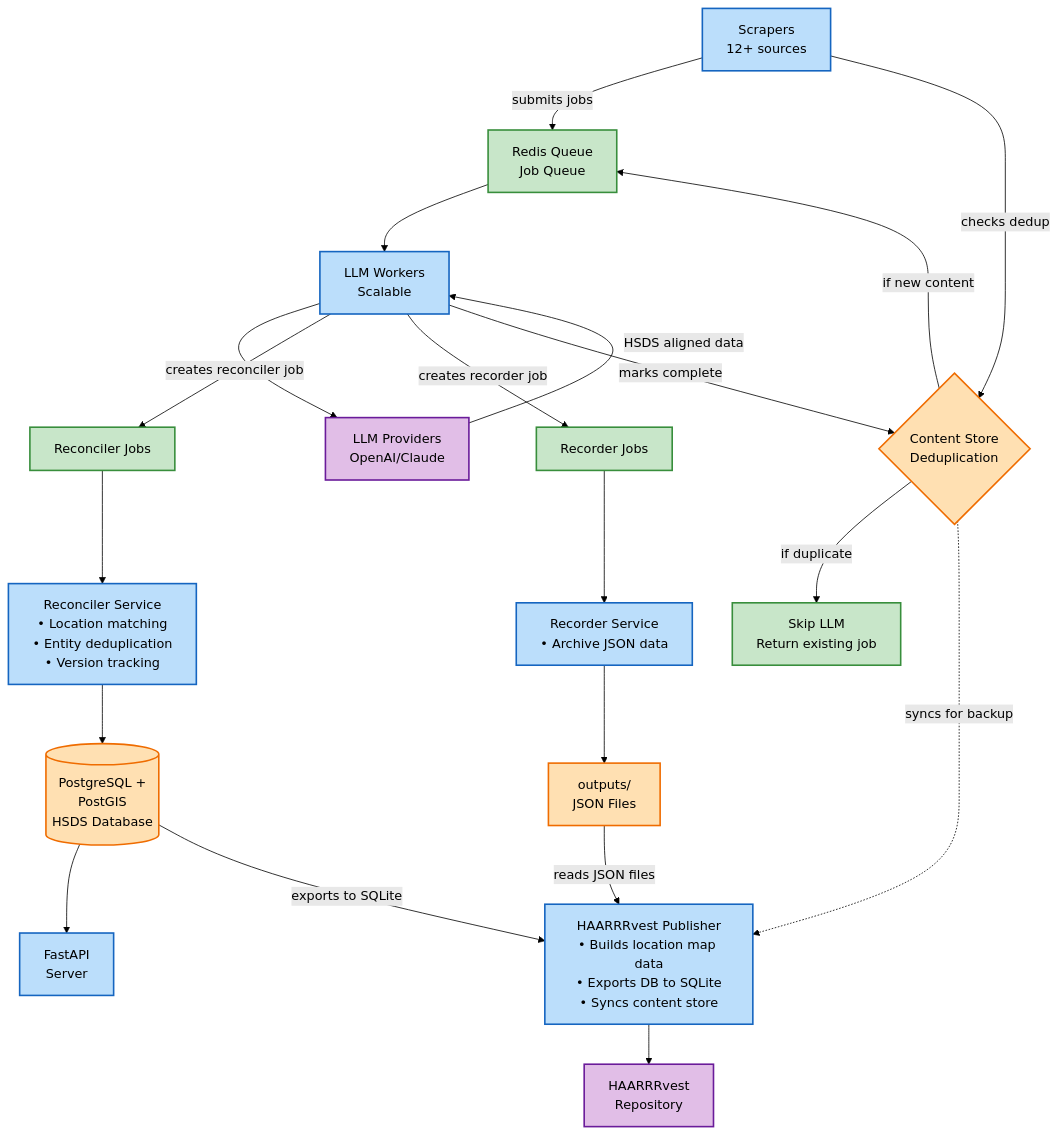
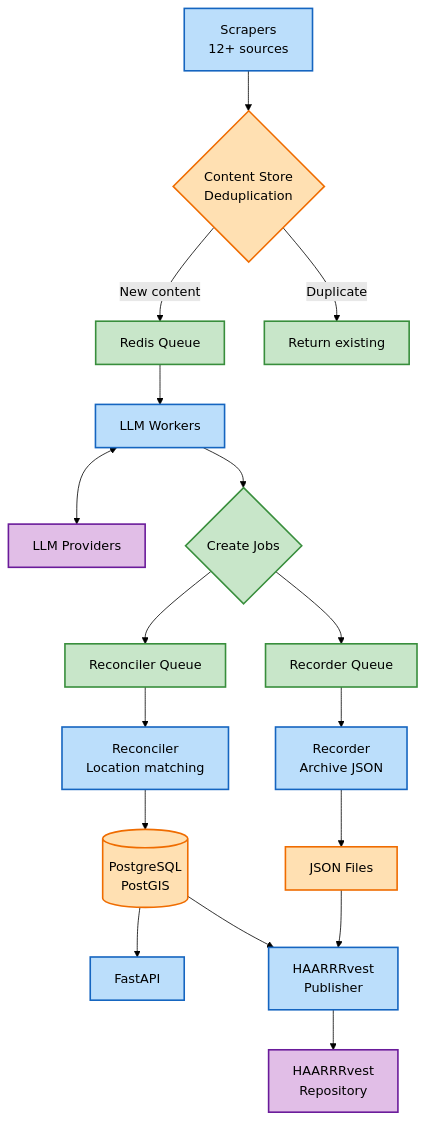
The diagram in README.md (For-The-Greater-Good/pantry-pirate-radio), drawn with Mermaid (forest theme) before and after one commit.

Commit message:
update readme diagram

````diff
--- a/README.md
+++ b/README.md
@@ -118,53 +118,44 @@
 ```mermaid
 flowchart TB
-    %% Data Collection Layer
-    Scrapers[Scrapers<br/>12+ sources] --> |submits jobs| RedisQueue[Redis Queue<br/>Job Queue]
+    %% Data Collection
+    Scrapers[Scrapers<br/>12+ sources]
+    ContentStore{Content Store<br/>Deduplication}
     
-    %% Content Store checks happen during job submission
-    Scrapers --> |checks dedup| ContentStore{Content Store<br/>Deduplication}
-    ContentStore --> |if new content| RedisQueue
-    ContentStore --> |if duplicate| SkipLLM[Skip LLM<br/>Return existing job]
+    Scrapers --> ContentStore
+    ContentStore -->|New content| Queue[Redis Queue]
+    ContentStore -->|Duplicate| Skip[Return existing]
     
-    %% LLM Processing Layer
-    RedisQueue --> LLMWorkers[LLM Workers<br/>Scalable]
-    LLMWorkers --> LLM[LLM Providers<br/>OpenAI/Claude]
-    LLM --> |HSDS aligned data| LLMWorkers
+    %% Processing
+    Queue --> Workers[LLM Workers]
+    Workers <--> LLM[LLM Providers]
     
-    %% LLM Workers create new jobs
-    LLMWorkers --> |creates reconciler job| ReconcilerQueue[Reconciler Jobs]
-    LLMWorkers --> |creates recorder job| RecorderQueue[Recorder Jobs]
+    %% Job Distribution
+    Workers --> Jobs{Create Jobs}
+    Jobs --> ReconcilerQ[Reconciler Queue]
+    Jobs --> RecorderQ[Recorder Queue]
     
-    %% Update Content Store after processing
-    LLMWorkers --> |marks complete| ContentStore
+    %% Services
+    ReconcilerQ --> Reconciler[Reconciler<br/>Location matching]
+    RecorderQ --> Recorder[Recorder<br/>Archive JSON]
     
-    %% Reconciler Processing
-    ReconcilerQueue --> Reconciler[Reconciler Service<br/>• Location matching<br/>• Entity deduplication<br/>• Version tracking]
+    %% Storage
+    Reconciler --> DB[(PostgreSQL<br/>PostGIS)]
+    Recorder --> Files[JSON Files]
     
-    %% Recorder Processing
-    RecorderQueue --> Recorder[Recorder Service<br/>• Archive JSON data]
-    
-    %% Storage Layer
-    Reconciler --> PostgreSQL[(PostgreSQL +<br/>PostGIS<br/>HSDS Database)]
-    Recorder --> OutputsFolder[outputs/<br/>JSON Files]
-    
-    %% API Layer
-    PostgreSQL --> FastAPI[FastAPI<br/>Server]
-    
-    %% Publishing Layer
-    OutputsFolder --> |reads JSON files| Publisher[HAARRRvest Publisher<br/>• Builds location map data<br/>• Exports DB to SQLite<br/>• Syncs content store]
-    PostgreSQL --> |exports to SQLite| Publisher
-    ContentStore -.-> |syncs for backup| Publisher
-    
-    Publisher --> HAARRRvest[HAARRRvest<br/>Repository]
+    %% Output
+    DB --> API[FastAPI]
+    DB --> Publisher[HAARRRvest<br/>Publisher]
+    Files --> Publisher
+    Publisher --> GitHub[HAARRRvest<br/>Repository]
     
     %% Style
     classDef service fill:#bbdefb,stroke:#1565c0,stroke-width:2px,color:#000
     classDef storage fill:#ffe0b2,stroke:#ef6c00,stroke-width:2px,color:#000
     classDef external fill:#e1bee7,stroke:#6a1b9a,stroke-width:2px,color:#000
     classDef queue fill:#c8e6c9,stroke:#388e3c,stroke-width:2px,color:#000
     
-    class Scrapers,LLMWorkers,Reconciler,Recorder,FastAPI,Publisher service
-    class ContentStore,PostgreSQL,OutputsFolder storage
-    class LLM,HAARRRvest external
-    class RedisQueue,ReconcilerQueue,RecorderQueue,SkipLLM queue
+    class Scrapers,Workers,Reconciler,Recorder,API,Publisher service
+    class ContentStore,DB,Files storage
+    class LLM,GitHub external
+    class Queue,ReconcilerQ,RecorderQ,Skip,Jobs queue
 ```
````
